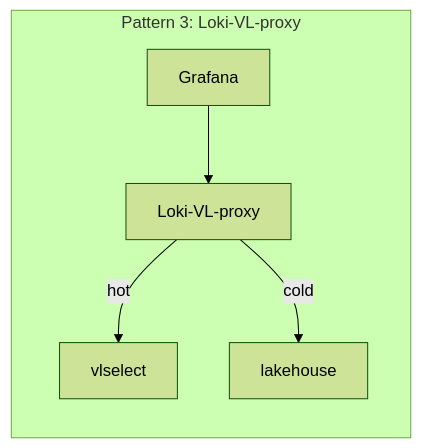
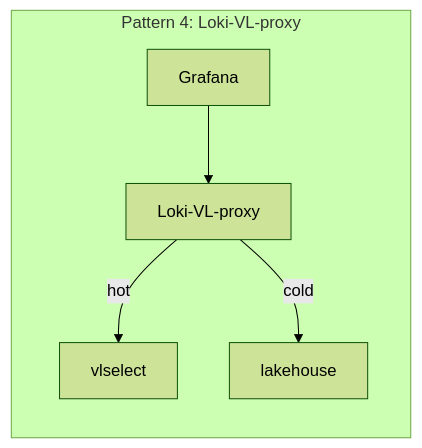
The seventh of 7 diagrams in README.md (ReliablyObserve/victoria-lakehouse), drawn with Mermaid (forest theme) before and after one commit. The commit also changed other lines of this file and 5 other files, not shown here.

````diff
--- a/README.md
+++ b/README.md
@@ -179,8 +208,8 @@
 ```mermaid
 graph LR
-    subgraph "Pattern 3: Loki-VL-proxy"
-        G3["Grafana"] --> LVP["Loki-VL-proxy"]
-        LVP -->|hot| VS3["vlselect"]
-        LVP -->|cold| LH3["lakehouse"]
+    subgraph "Pattern 4: Loki-VL-proxy"
+        G4["Grafana"] --> LVP["Loki-VL-proxy"]
+        LVP -->|hot| VS4["vlselect"]
+        LVP -->|cold| LH4["lakehouse"]
     end
 ```
````
